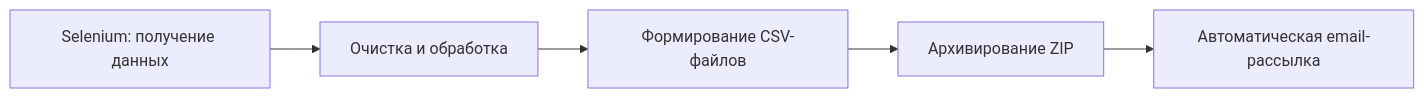
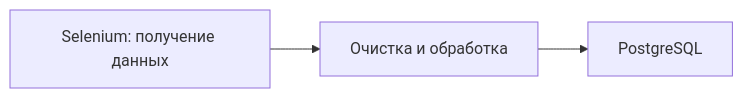
Before and after one commit to fetgrigory/Stock-Data-Service: the diagram in README.md, drawn with Mermaid.

````diff
--- a/README.md
+++ b/README.md
@@ -16,8 +16,5 @@
 ```mermaid
 graph LR
     A[Selenium: получение данных] --> B[Очистка и обработка]
-    B --> C[Формирование CSV-файлов]
-    C --> D[Архивирование ZIP]
-    D --> E[Автоматическая email-рассылка]
-
+    B --> C[PostgreSQL]
 ```
````
